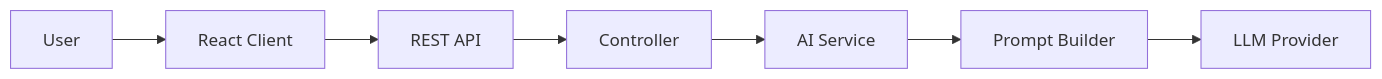
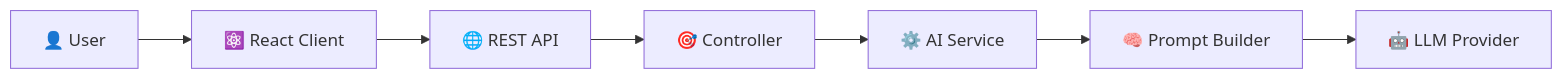
The first of 3 diagrams in README.md (Parneetk104/Parneetk104), drawn with Mermaid before and after one commit. The commit also changed other lines of this file and 1 other file, not shown here.

````diff
--- a/README.md
+++ b/README.md
@@ -110,9 +171,9 @@
 ```mermaid
 flowchart LR
-    U[User] --> UI[React Client]
-    UI --> API[REST API]
-    API --> C[Controller]
-    C --> S[AI Service]
-    S --> P[Prompt Builder]
-    P --> L[LLM Provider]
+    U[👤 User] --> UI[⚛️ React Client]
+    UI --> API[🌐 REST API]
+    API --> C[🎯 Controller]
+    C --> S[⚙️ AI Service]
+    S --> P[🧠 Prompt Builder]
+    P --> L[🤖 LLM Provider]
 ```
````
